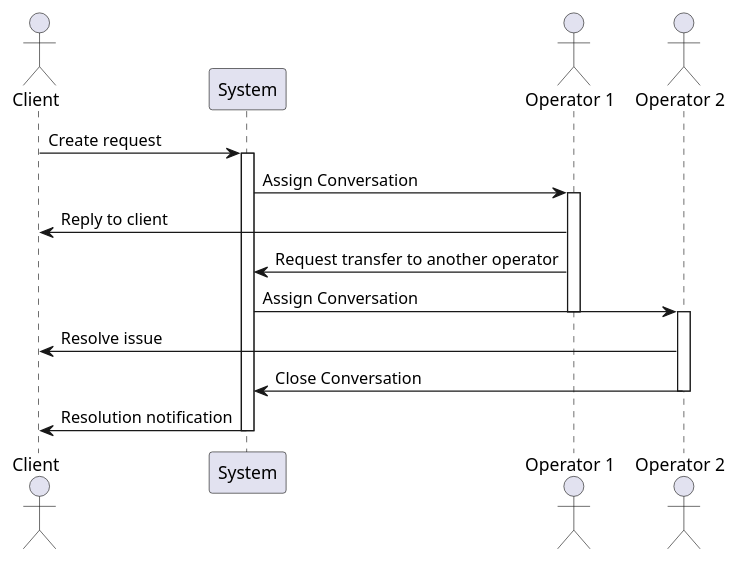
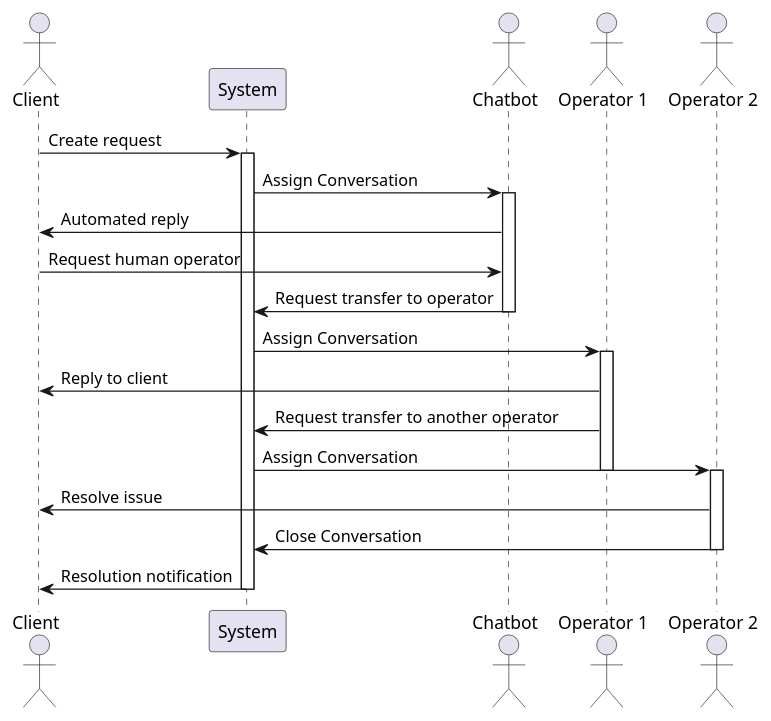
Before and after one commit to Kapitoshka-a/software_documentation: the diagram in lab_1/sequence_diagram.puml, drawn with PlantUML. The commit also changed 12 other files, not shown here.

```diff
--- a/lab_1/sequence_diagram.puml
+++ b/lab_1/sequence_diagram.puml
@@ -1,21 +1,28 @@
 @startuml
 actor "Client" as Client
 participant "System" as System
+actor "Chatbot" as Bot
 actor "Operator 1" as Op1
 actor "Operator 2" as Op2
 
 Client -> System: Create request
 activate System
+System -> Bot: Assign Conversation
+activate Bot
+Bot -> Client: Automated reply
+Client -> Bot: Request human operator
+Bot -> System: Request transfer to operator
+deactivate Bot
 System -> Op1: Assign Conversation
 activate Op1
 Op1 -> Client: Reply to client
 Op1 -> System: Request transfer to another operator
 System -> Op2: Assign Conversation
 deactivate Op1
 activate Op2
 Op2 -> Client: Resolve issue
 Op2 -> System: Close Conversation
 deactivate Op2
 System -> Client: Resolution notification
 deactivate System
 @enduml
```
